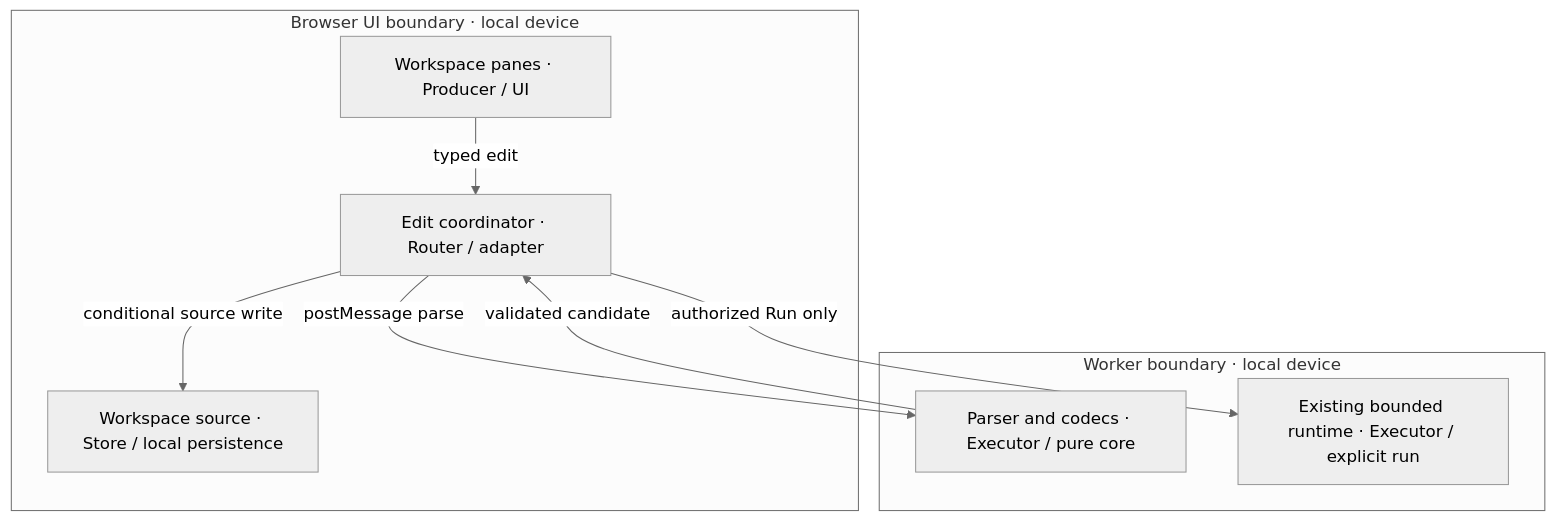
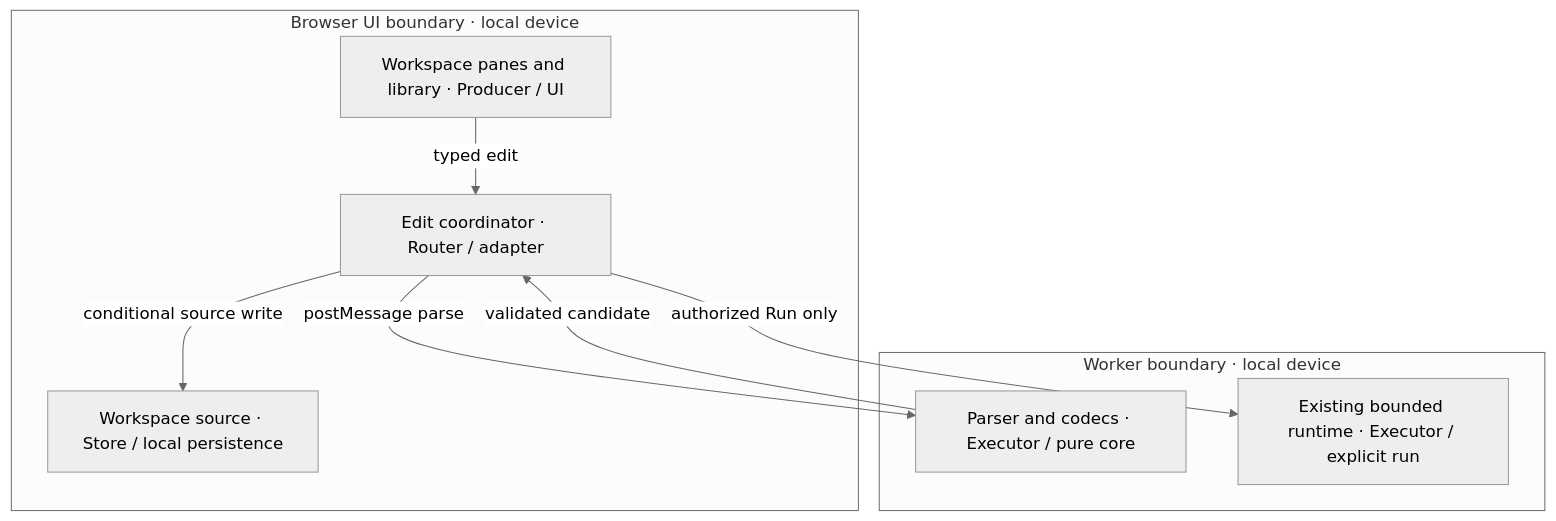
Before and after one commit to huijoohwee/agentic-graph: the fifth of 6 diagrams in docs/documents/prd-tad-adr-mvp-gtm-block-editor.md, drawn with Mermaid (neutral theme). The commit also changed other lines of this file, not shown here.

Commit message:
docs: specify native Block library visual reuse

````diff
--- a/docs/documents/prd-tad-adr-mvp-gtm-block-editor.md
+++ b/docs/documents/prd-tad-adr-mvp-gtm-block-editor.md
@@ -257,17 +297,17 @@
 ```mermaid
 flowchart TB
   subgraph t_browser["Browser UI boundary · local device"]
-    t_ui["Workspace panes · Producer / UI"]
+    t_ui["Workspace panes and library · Producer / UI"]
     t_coordinator["Edit coordinator · Router / adapter"]
     t_store["Workspace source · Store / local persistence"]
   end
   subgraph t_worker["Worker boundary · local device"]
     t_core["Parser and codecs · Executor / pure core"]
     t_run["Existing bounded runtime · Executor / explicit run"]
   end
   t_ui -->|"typed edit"| t_coordinator
   t_coordinator -->|"postMessage parse"| t_core
   t_core -->|"validated candidate"| t_coordinator
   t_coordinator -->|"conditional source write"| t_store
   t_coordinator -->|"authorized Run only"| t_run
 ```
````
